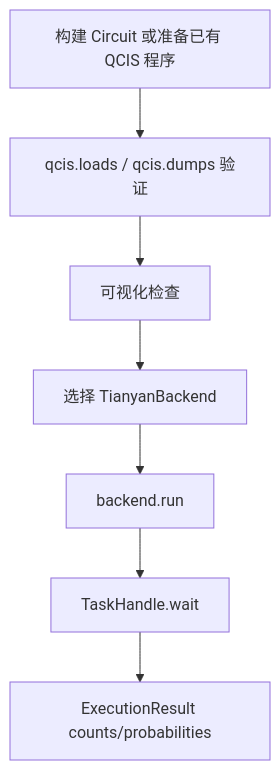
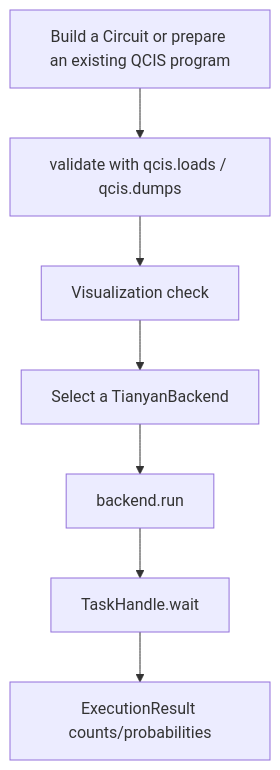
One commit to 1734/cqlib changed the diagram in docs/documentation/en/1_cqlib/7_tianyan/4_qcis_ir_workflow.md. Above: the diagram before and after it, drawn with Mermaid. The commit also changed 32 other files, not shown here.

````diff
--- a/docs/documentation/en/1_cqlib/7_tianyan/4_qcis_ir_workflow.md
+++ b/docs/documentation/en/1_cqlib/7_tianyan/4_qcis_ir_workflow.md
@@ -151,9 +151,9 @@
 ```mermaid
 flowchart TD
-    A["构建 Circuit 或准备已有 QCIS 程序"] --> B["qcis.loads / qcis.dumps 验证"]
-    B --> C["可视化检查"]
-    C --> D["选择 TianyanBackend"]
+    A["Build a Circuit or prepare an existing QCIS program"] --> B["validate with qcis.loads / qcis.dumps"]
+    B --> C["Visualization check"]
+    C --> D["Select a TianyanBackend"]
     D --> E["backend.run"]
     E --> F["TaskHandle.wait"]
     F --> G["ExecutionResult counts/probabilities"]
 ```
````
